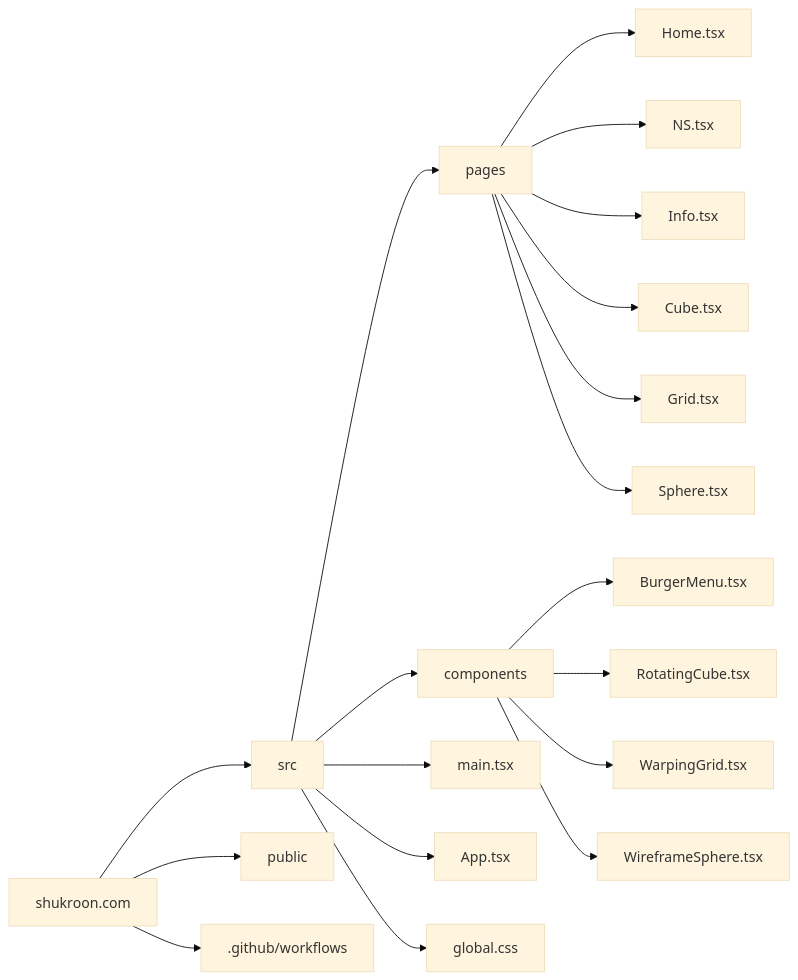
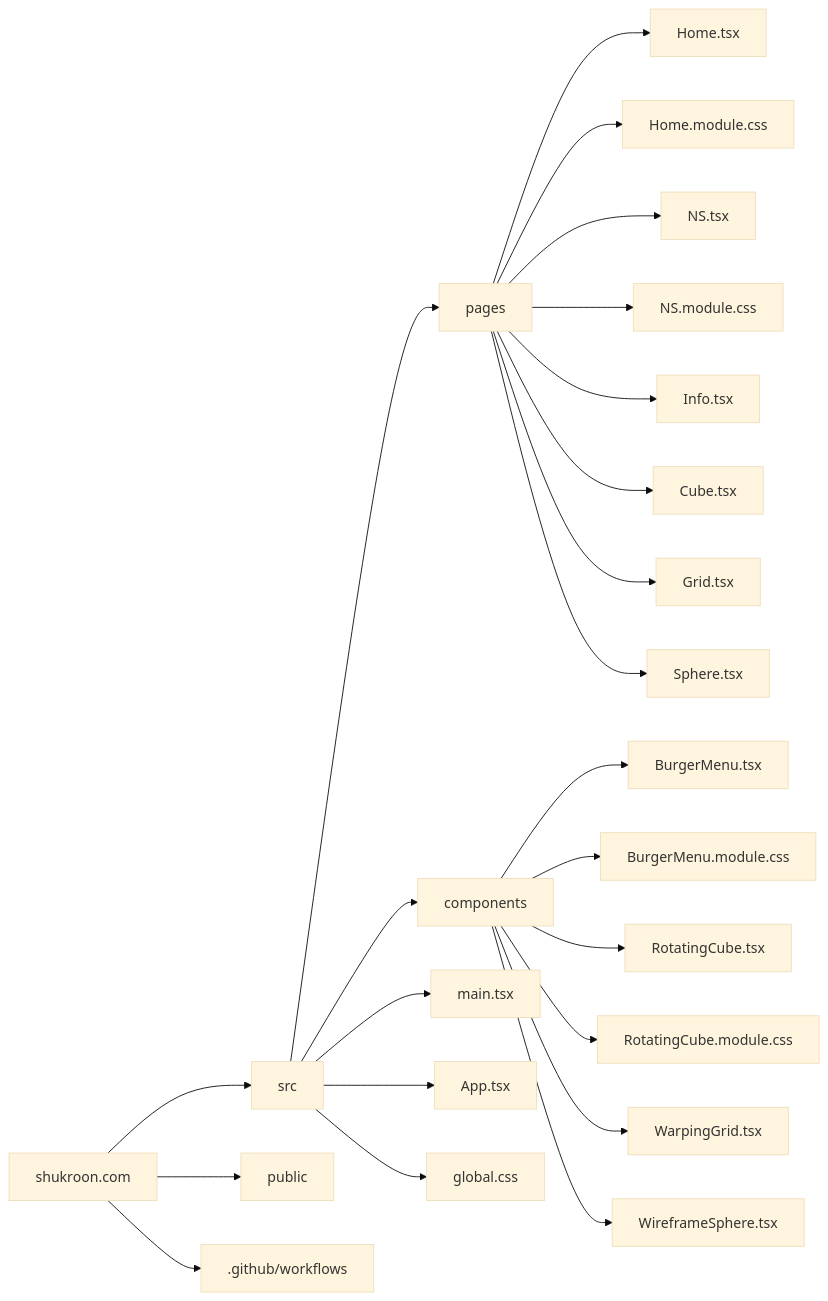
One commit to noam-shukroon/shukroon.com changed the second of 2 diagrams in README.md. Above: the diagram before and after it, drawn with Mermaid (base theme).

Commit message:
Update README directory structure with missing CSS Module files

````diff
--- a/README.md
+++ b/README.md
@@ -51,24 +51,28 @@
 ```mermaid
 graph LR
     root[shukroon.com] --> src
     root --> public
     root --> gh[.github/workflows]
 
     src --> pages
     src --> components
     src --> main.tsx
     src --> App.tsx
     src --> global.css
 
     pages --> Home.tsx
+    pages --> Home.module.css
     pages --> NS.tsx
+    pages --> NS.module.css
     pages --> Info.tsx
     pages --> Cube.tsx
     pages --> Grid.tsx
     pages --> Sphere.tsx
 
     components --> BurgerMenu.tsx
+    components --> BurgerMenu.module.css
     components --> RotatingCube.tsx
+    components --> RotatingCube.module.css
     components --> WarpingGrid.tsx
     components --> WireframeSphere.tsx
 ```
````
